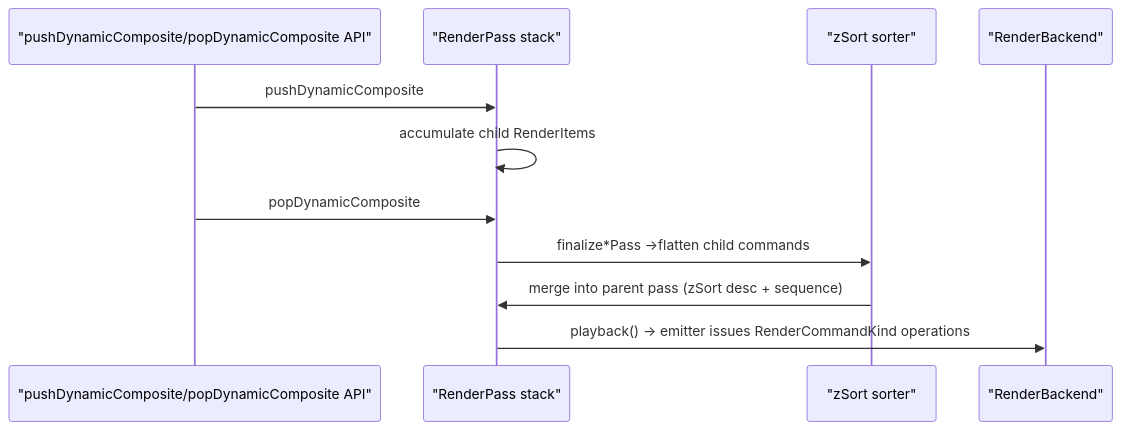
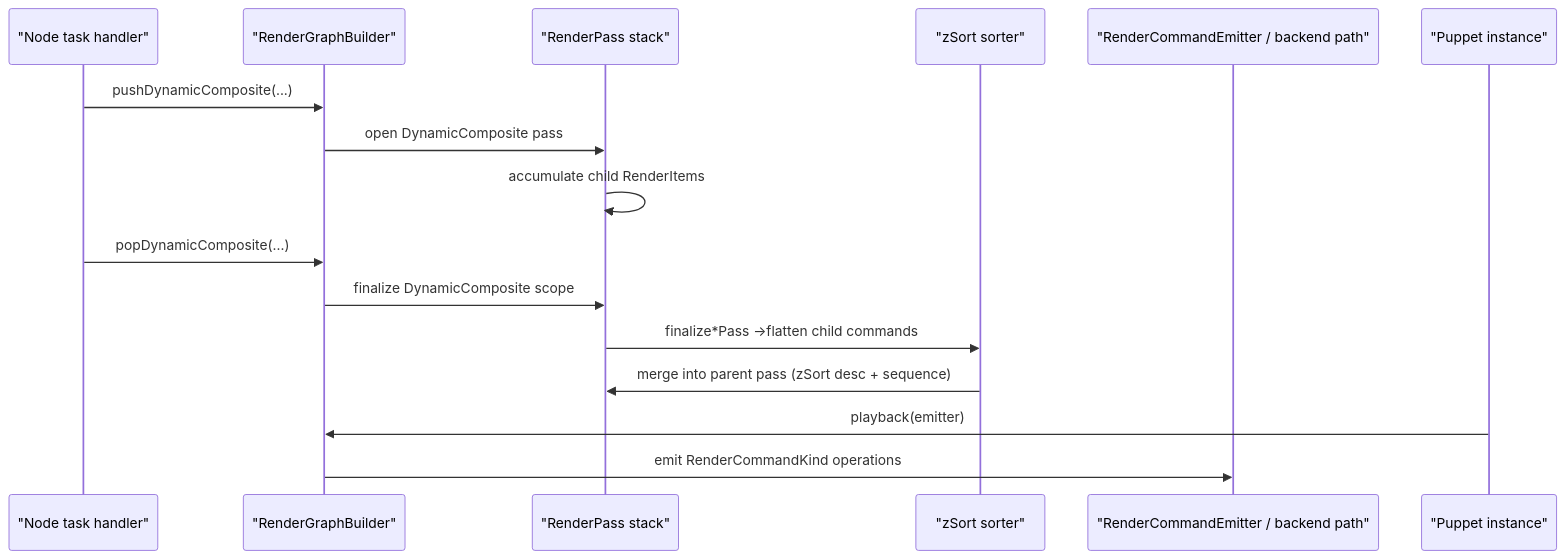
Before and after one commit to nijigenerate/nijilive: the third of 20 diagrams in doc/rendering.md, drawn with Mermaid. The commit also changed other lines of this file, not shown here.

````diff
--- a/doc/rendering.md
+++ b/doc/rendering.md
@@ -132,13 +143,18 @@
 ```mermaid
 sequenceDiagram
-    participant Scope as "pushDynamicComposite/popDynamicComposite API"
+    participant Node as "Node task handler"
+    participant Graph as "RenderGraphBuilder"
     participant Pass as "RenderPass stack"
     participant Sort as "zSort sorter"
-    participant Backend as "RenderBackend"
-    Scope->>Pass: pushDynamicComposite
+    participant Emitter as "RenderCommandEmitter / backend path"
+    participant Puppet as "Puppet instance"
+    Node->>Graph: pushDynamicComposite(...)
+    Graph->>Pass: open DynamicComposite pass
     Pass->>Pass: accumulate child RenderItems
-    Scope->>Pass: popDynamicComposite
+    Node->>Graph: popDynamicComposite(...)
+    Graph->>Pass: finalize DynamicComposite scope
     Pass->>Sort: finalize*Pass →flatten child commands
     Sort->>Pass: merge into parent pass (zSort desc + sequence)
-    Pass->>Backend: playback() -> emitter issues RenderCommandKind operations
+    Puppet->>Graph: playback(emitter)
+    Graph->>Emitter: emit RenderCommandKind operations
 ```
````
